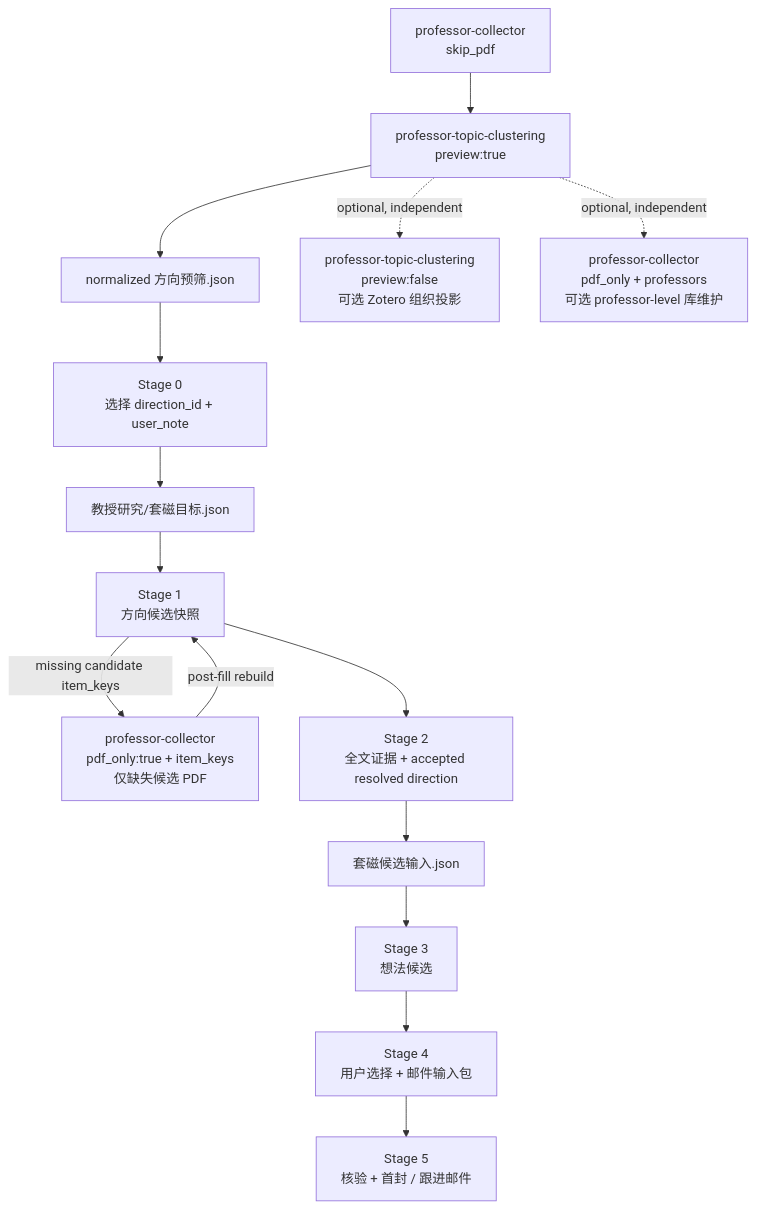
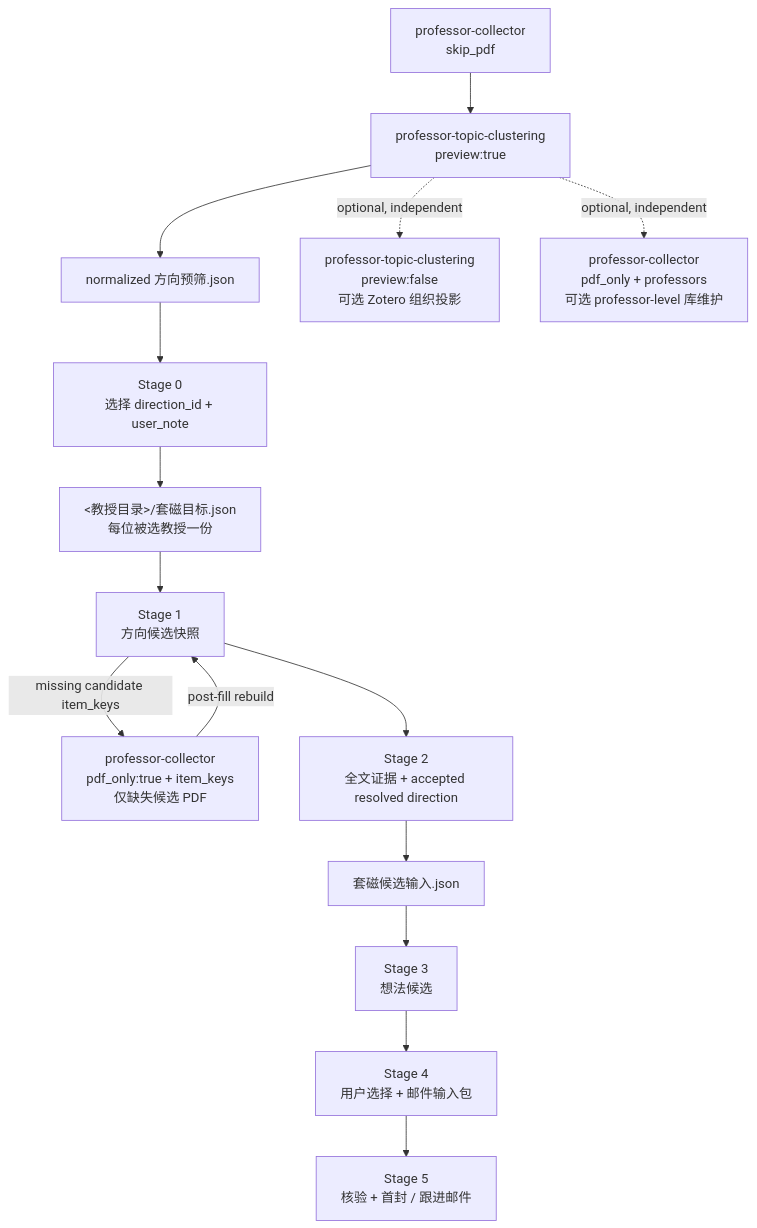
One commit to ScholarWorkflow/professor-contact changed the second of 2 diagrams in .apm/skills/professor-contact/SKILL.md. Above: the diagram before and after it, drawn with Mermaid. The commit also changed other lines of this file and 27 other files, not shown here.

````diff
--- a/.apm/skills/professor-contact/SKILL.md
+++ b/.apm/skills/professor-contact/SKILL.md
@@ -620,22 +624,22 @@
 ```mermaid
 flowchart TD
     C["professor-collector<br/>skip_pdf"]
     P["professor-topic-clustering<br/>preview:true"]
     J["normalized 方向预筛.json"]
     S0["Stage 0<br/>选择 direction_id + user_note"]
-    T["教授研究/套磁目标.json"]
+    T["<教授目录>/套磁目标.json<br/>每位被选教授一份"]
     S1["Stage 1<br/>方向候选快照"]
     F["professor-collector<br/>pdf_only:true + item_keys<br/>仅缺失候选 PDF"]
     S2["Stage 2<br/>全文证据 + accepted resolved direction"]
     I["套磁候选输入.json"]
     S3["Stage 3<br/>想法候选"]
     S4["Stage 4<br/>用户选择 + 邮件输入包"]
     S5["Stage 5<br/>核验 + 首封 / 跟进邮件"]
     FORMAL["professor-topic-clustering<br/>preview:false<br/>可选 Zotero 组织投影"]
     KEEP["professor-collector<br/>pdf_only + professors<br/>可选 professor-level 库维护"]
 
     C --> P --> J --> S0 --> T --> S1 --> S2 --> I --> S3 --> S4 --> S5
     S1 -->|"missing candidate item_keys"| F -->|"post-fill rebuild"| S1
     P -.->|"optional, independent"| FORMAL
     P -.->|"optional, independent"| KEEP
 ```
````
